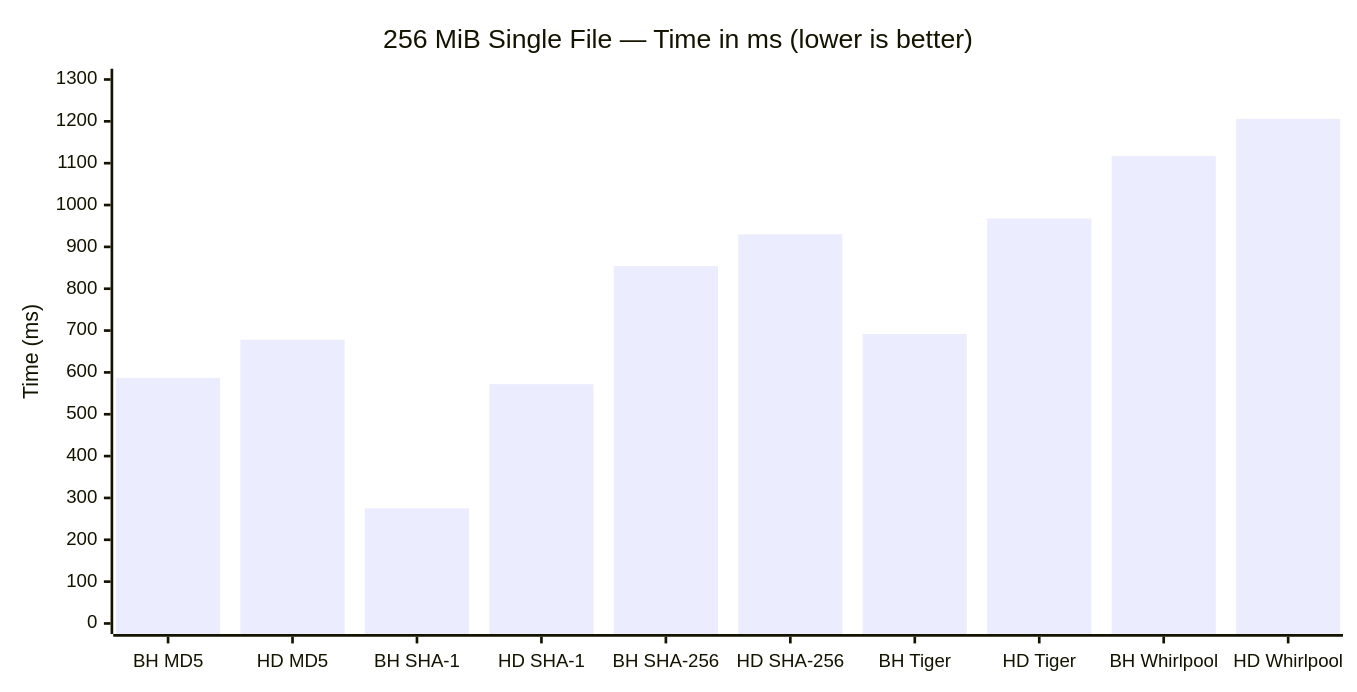
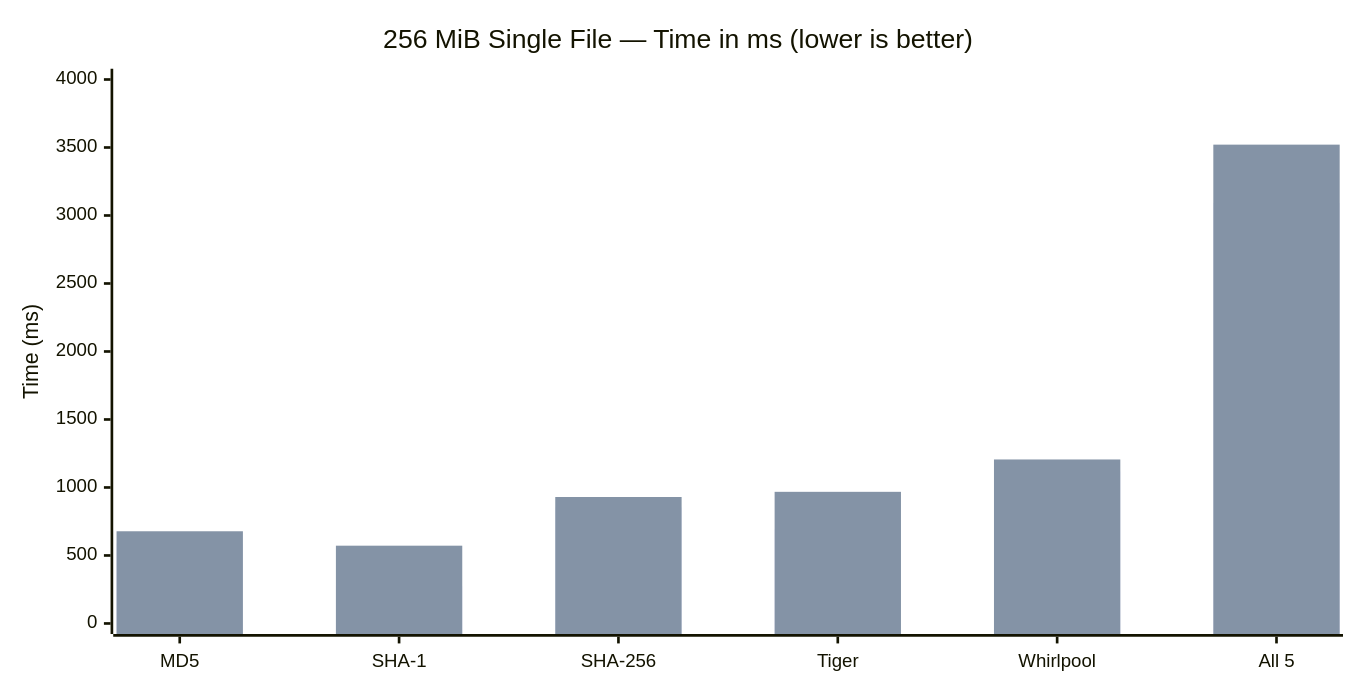
The first of 5 diagrams in docs/benchmarks.md (SecurityRonin/blazehash), drawn with Mermaid before and after one commit. The commit also changed other lines of this file, not shown here.

First line of the commit message:
docs: use grouped bar charts for dramatic blazehash vs hashdeep comparison

````diff
--- a/docs/benchmarks.md
+++ b/docs/benchmarks.md
@@ -39,12 +39,13 @@
 ```mermaid
 ---
 config:
     xyChart:
         width: 1000
 ---
 xychart-beta
     title "256 MiB Single File — Time in ms (lower is better)"
-    x-axis ["BH MD5", "HD MD5", "BH SHA-1", "HD SHA-1", "BH SHA-256", "HD SHA-256", "BH Tiger", "HD Tiger", "BH Whirlpool", "HD Whirlpool"]
-    y-axis "Time (ms)" 0 --> 1300
-    bar [587, 678, 275, 572, 854, 930, 692, 968, 1117, 1206]
+    x-axis ["MD5", "SHA-1", "SHA-256", "Tiger", "Whirlpool", "All 5"]
+    y-axis "Time (ms)" 0 --> 4000
+    bar "blazehash" [587, 275, 854, 692, 1117, 3092]
+    bar "hashdeep" [678, 572, 930, 968, 1206, 3521]
 ```
````
